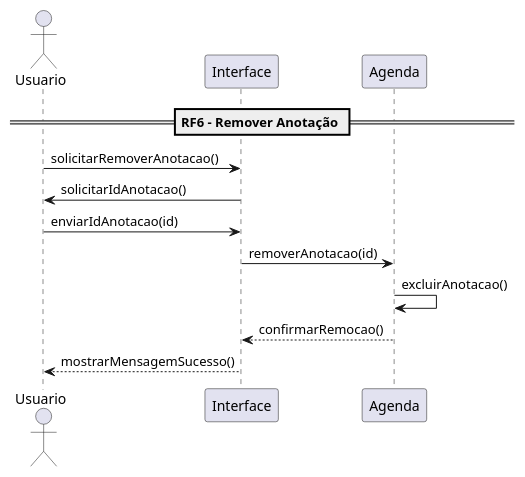
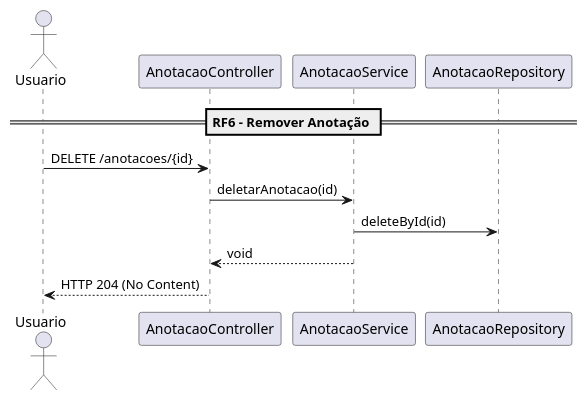
The sixth of 7 diagrams in diagrama.puml (rafaelontour/agenda_es), drawn with PlantUML before and after one commit. The commit also changed other lines of this file and 4 other files, not shown here.

```diff
--- a/diagrama.puml
+++ b/diagrama.puml
@@ -95,17 +113,13 @@
 @startuml
-' =======================================================
-' RF6 – Remover Anotação
-' =======================================================
 actor Usuario
-participant "Interface" as UI
-participant "Agenda" as Agenda
+participant "AnotacaoController" as AC
+participant "AnotacaoService" as AS
+participant "AnotacaoRepository" as AnR
 
-== RF6 - Remover Anotação ==
-Usuario -> UI : solicitarRemoverAnotacao()
-UI -> Usuario : solicitarIdAnotacao()
-Usuario -> UI : enviarIdAnotacao(id)
-UI -> Agenda : removerAnotacao(id)
-Agenda -> Agenda : excluirAnotacao()
-Agenda --> UI : confirmarRemocao()
-UI --> Usuario : mostrarMensagemSucesso()
+== RF6 – Remover Anotação ==
+Usuario -> AC : DELETE /anotacoes/{id}
+AC -> AS : deletarAnotacao(id)
+AS -> AnR : deleteById(id)
+AS --> AC : void
+AC --> Usuario : HTTP 204 (No Content)
 @enduml
```
